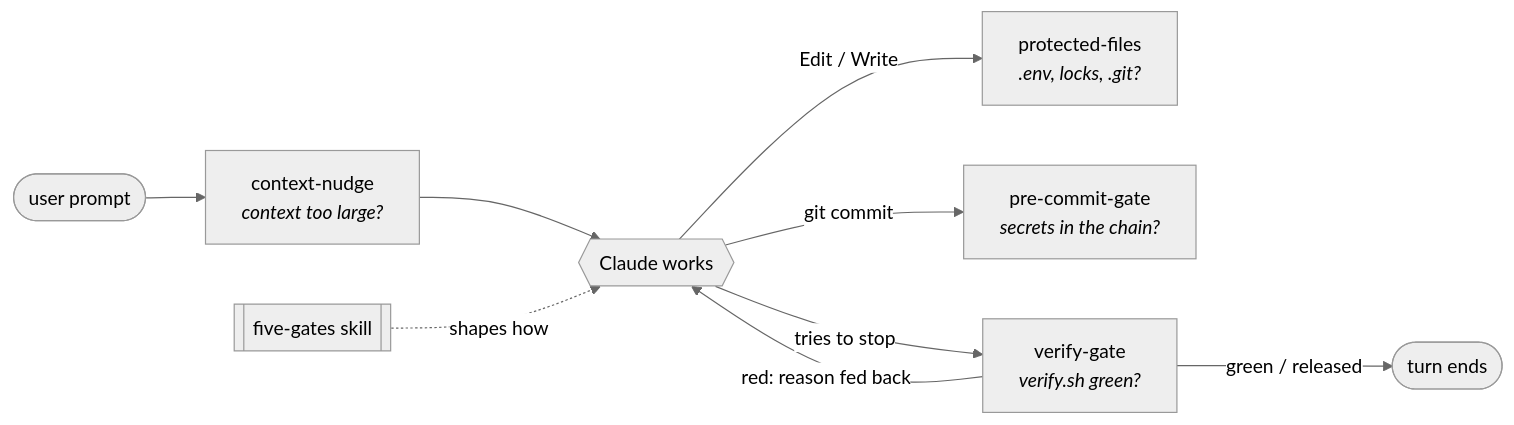
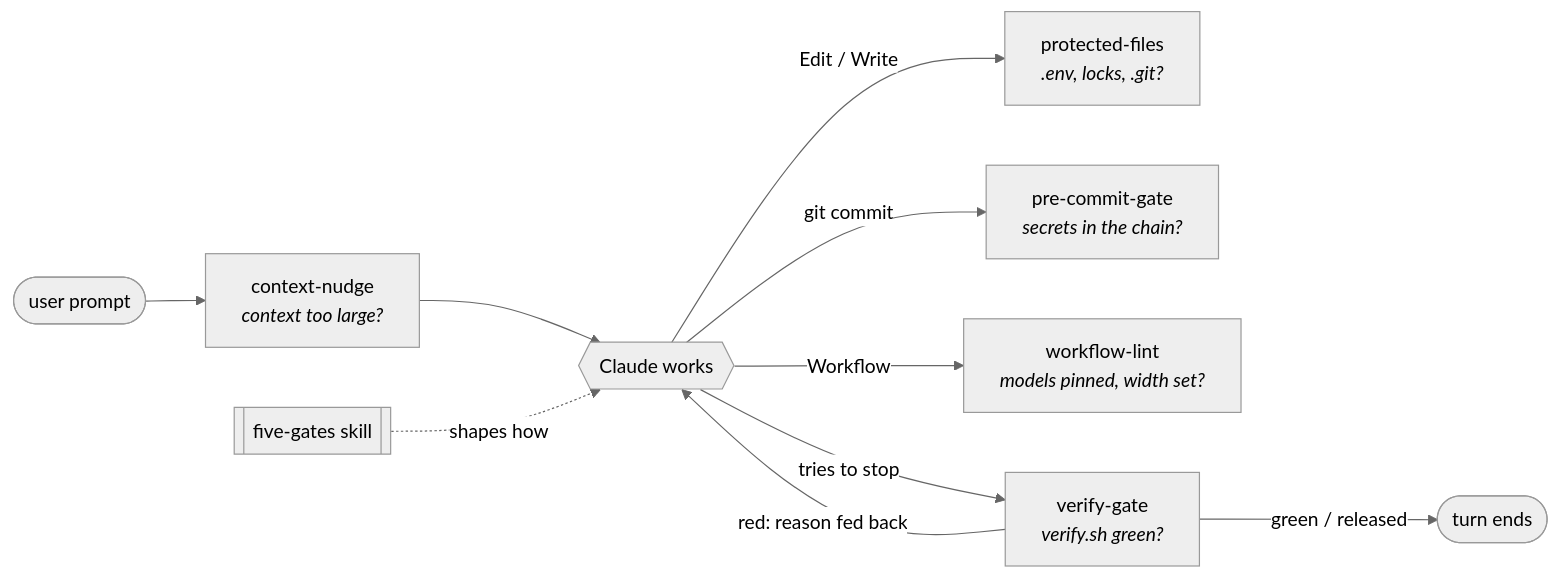
One commit to pedrozapatadev/claude-code-toolkit changed the diagram in README.md. Above: the diagram before and after it, drawn with Mermaid (neutral theme). The commit also changed other lines of this file and 4 other files, not shown here.

Commit message:
docs(toolkit): architecture overview, security notes, changelog, hardened CI

````diff
--- a/README.md
+++ b/README.md
@@ -25,11 +30,12 @@
 ```mermaid
 flowchart LR
     P([user prompt]) --> CN[context-nudge<br/><i>context too large?</i>]
     CN --> M{{Claude works}}
     M -- Edit / Write --> PF[protected-files<br/><i>.env, locks, .git?</i>]
     M -- git commit --> CG[pre-commit-gate<br/><i>secrets in the chain?</i>]
+    M -- Workflow --> WL[workflow-lint<br/><i>models pinned, width set?</i>]
     M -- tries to stop --> VG[verify-gate<br/><i>verify.sh green?</i>]
     VG -- red: reason fed back --> M
     VG -- green / released --> D([turn ends])
     S[[five-gates skill]] -. shapes how .-> M
 ```
````
